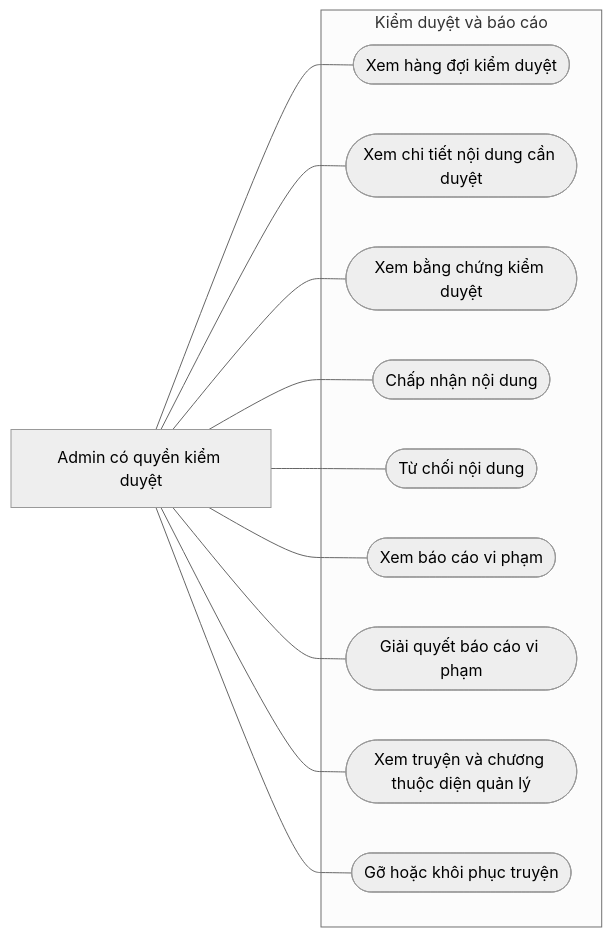
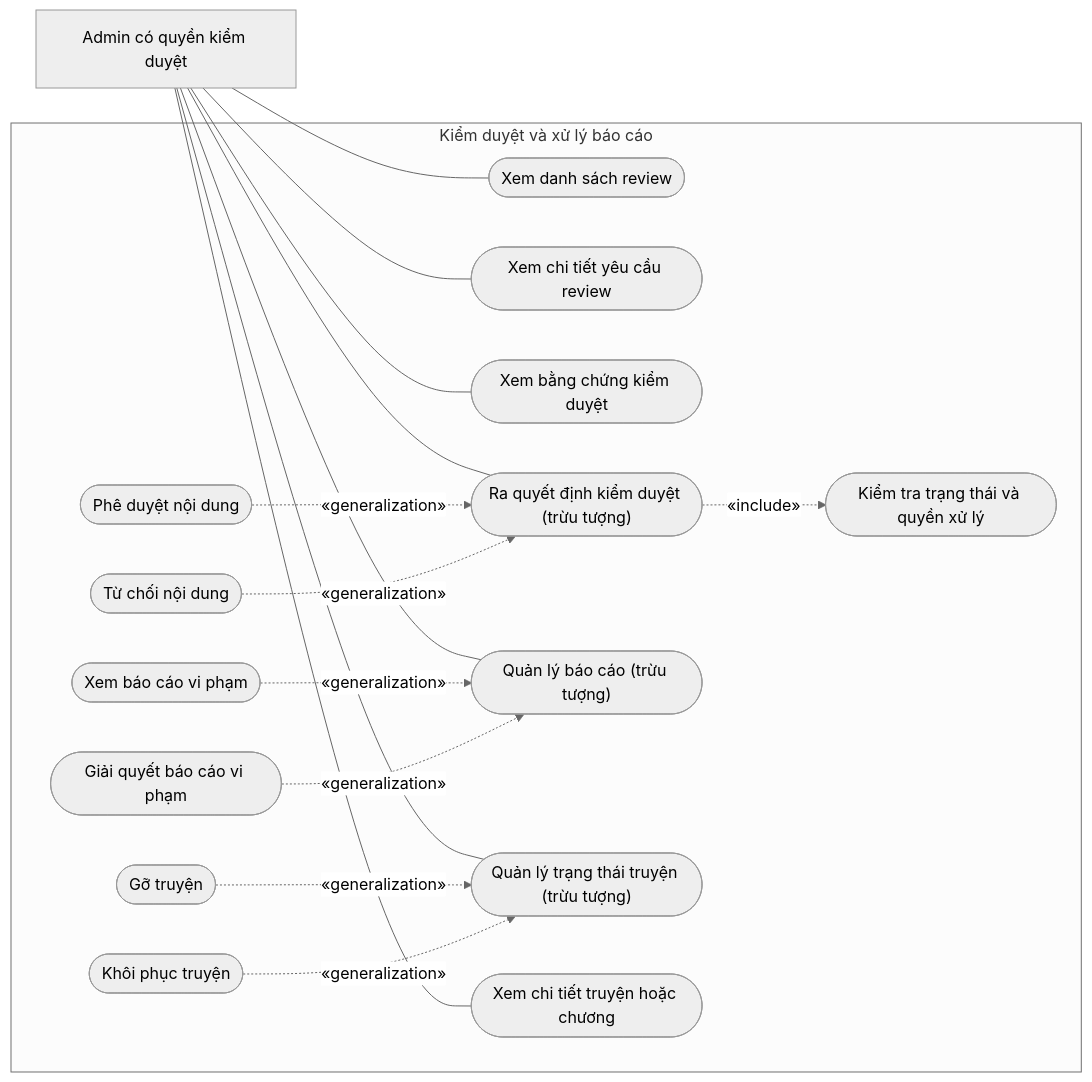
Before and after one commit to Ephurin/Novel_sharing_platform: the first of 2 diagrams in docs/chuong-3-so-do/01d-usecase-quan-tri.md, drawn with Mermaid (neutral theme). The commit also changed other lines of this file, not shown here.

Commit message:
docs: correct use case hierarchy and UML relationships

````diff
--- a/docs/chuong-3-so-do/01d-usecase-quan-tri.md
+++ b/docs/chuong-3-so-do/01d-usecase-quan-tri.md
@@ -7,24 +7,34 @@
 ```mermaid
 flowchart LR
     AD["Admin có quyền kiểm duyệt"]
-    subgraph SYS["Kiểm duyệt và báo cáo"]
-        U1(["Xem hàng đợi kiểm duyệt"])
-        U2(["Xem chi tiết nội dung cần duyệt"])
+    subgraph SYS["Kiểm duyệt và xử lý báo cáo"]
+        U1(["Xem danh sách review"])
+        U2(["Xem chi tiết yêu cầu review"])
         U3(["Xem bằng chứng kiểm duyệt"])
-        U4(["Chấp nhận nội dung"])
-        U5(["Từ chối nội dung"])
-        U6(["Xem báo cáo vi phạm"])
-        U7(["Giải quyết báo cáo vi phạm"])
-        U8(["Xem truyện và chương thuộc diện quản lý"])
-        U9(["Gỡ hoặc khôi phục truyện"])
+        U4(["Ra quyết định kiểm duyệt (trừu tượng)"])
+        U5(["Phê duyệt nội dung"])
+        U6(["Từ chối nội dung"])
+        U7(["Kiểm tra trạng thái và quyền xử lý"])
+        U8(["Quản lý báo cáo (trừu tượng)"])
+        U9(["Xem báo cáo vi phạm"])
+        U10(["Giải quyết báo cáo vi phạm"])
+        U11(["Quản lý trạng thái truyện (trừu tượng)"])
+        U12(["Gỡ truyện"])
+        U13(["Khôi phục truyện"])
+        U14(["Xem chi tiết truyện hoặc chương"])
     end
     AD --- U1
     AD --- U2
     AD --- U3
     AD --- U4
-    AD --- U5
-    AD --- U6
-    AD --- U7
     AD --- U8
-    AD --- U9
+    AD --- U11
+    AD --- U14
+    U5 -.->|"«generalization»"| U4
+    U6 -.->|"«generalization»"| U4
+    U4 -.->|"«include»"| U7
+    U9 -.->|"«generalization»"| U8
+    U10 -.->|"«generalization»"| U8
+    U12 -.->|"«generalization»"| U11
+    U13 -.->|"«generalization»"| U11
 ```
````
